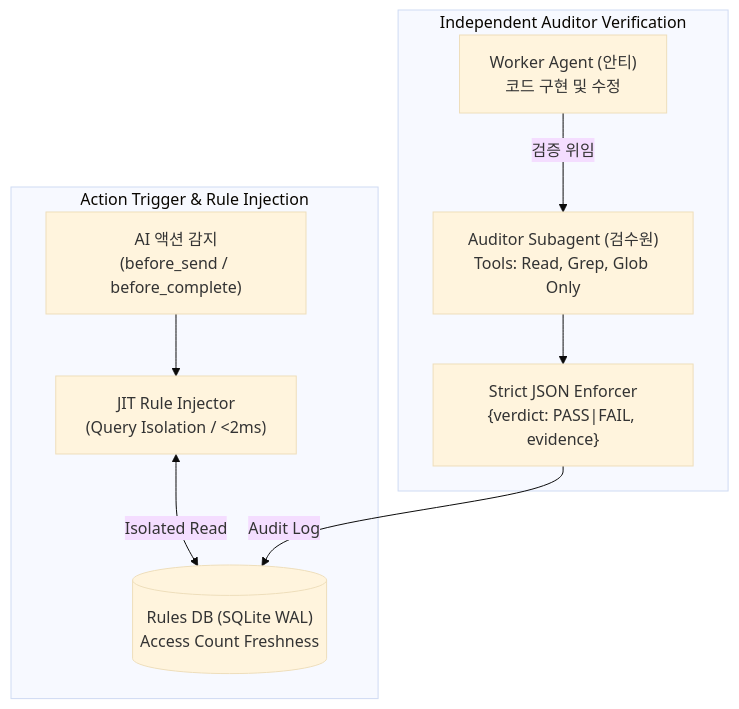
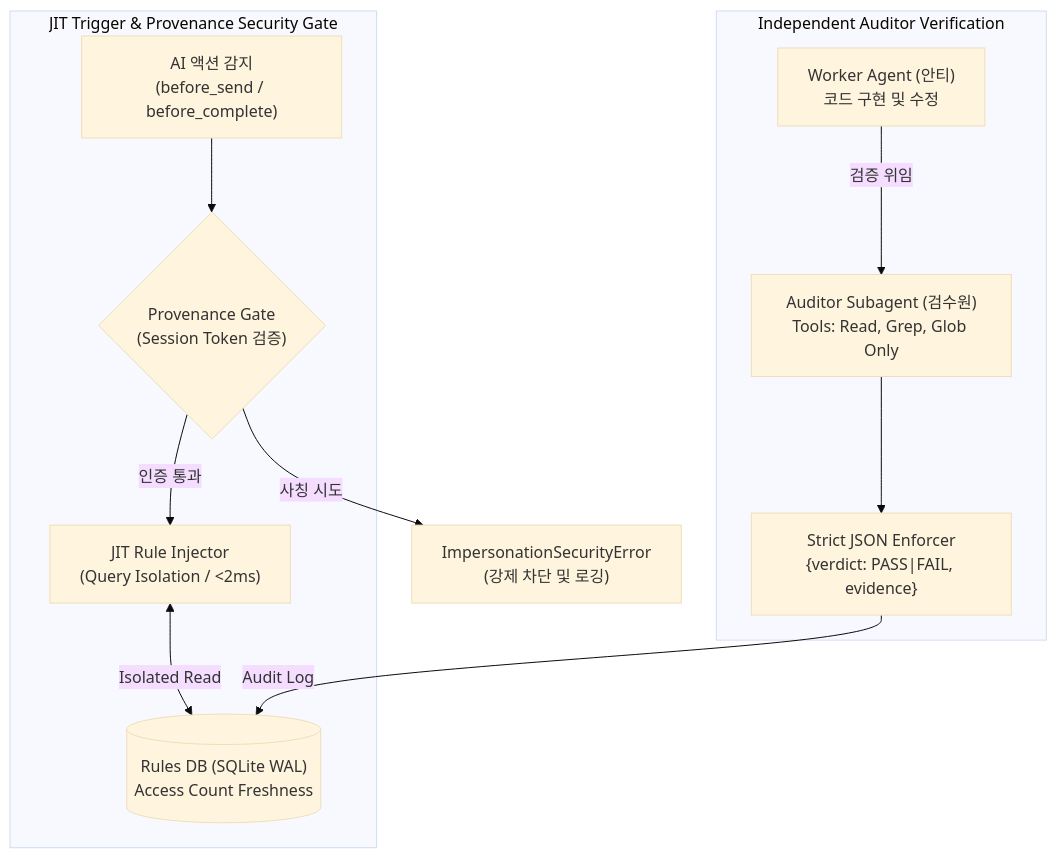
One commit to barobogi/AI_Global_Config changed the diagram in 43_function_dev/02_rule_governance_db/README.md. Above: the diagram before and after it, drawn with Mermaid (base theme). The commit also changed other lines of this file and 1 other file, not shown here.

````diff
--- a/43_function_dev/02_rule_governance_db/README.md
+++ b/43_function_dev/02_rule_governance_db/README.md
@@ -19,20 +15,23 @@
 ```mermaid
 graph TD
-    subgraph "Action Trigger & Rule Injection"
+    subgraph "JIT Trigger & Provenance Security Gate"
         ACT["AI 액션 감지<br/>(before_send / before_complete)"]
+        GATE{"Provenance Gate<br/>(Session Token 검증)"}
         JIT["JIT Rule Injector<br/>(Query Isolation / &lt;2ms)"]
         DB[("Rules DB (SQLite WAL)<br/>Access Count Freshness")]
     end
 
     subgraph "Independent Auditor Verification"
         WORKER["Worker Agent (안티)<br/>코드 구현 및 수정"]
         AUDITOR["Auditor Subagent (검수원)<br/>Tools: Read, Grep, Glob Only"]
         STRICT["Strict JSON Enforcer<br/>{verdict: PASS|FAIL, evidence}"]
     end
 
-    ACT --> JIT
+    ACT --> GATE
+    GATE -->|인증 통과| JIT
+    GATE -->|사칭 시도| BLOCK["ImpersonationSecurityError<br/>(강제 차단 및 로깅)"]
     JIT <-->|Isolated Read| DB
     WORKER -->|검증 위임| AUDITOR
     AUDITOR --> STRICT
     STRICT -->|Audit Log| DB
 ```
````
